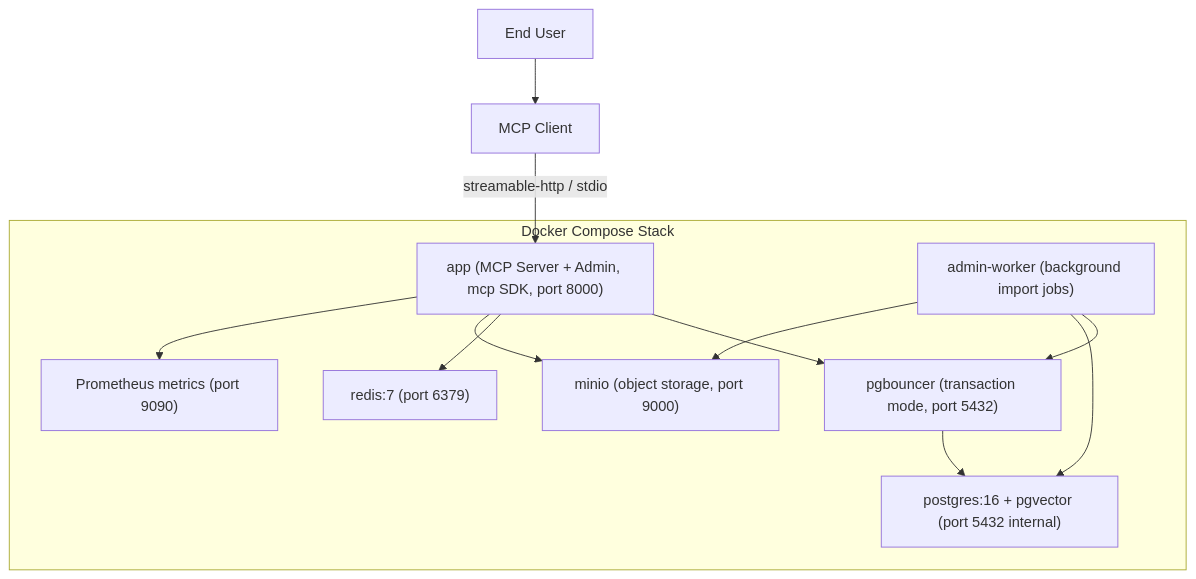
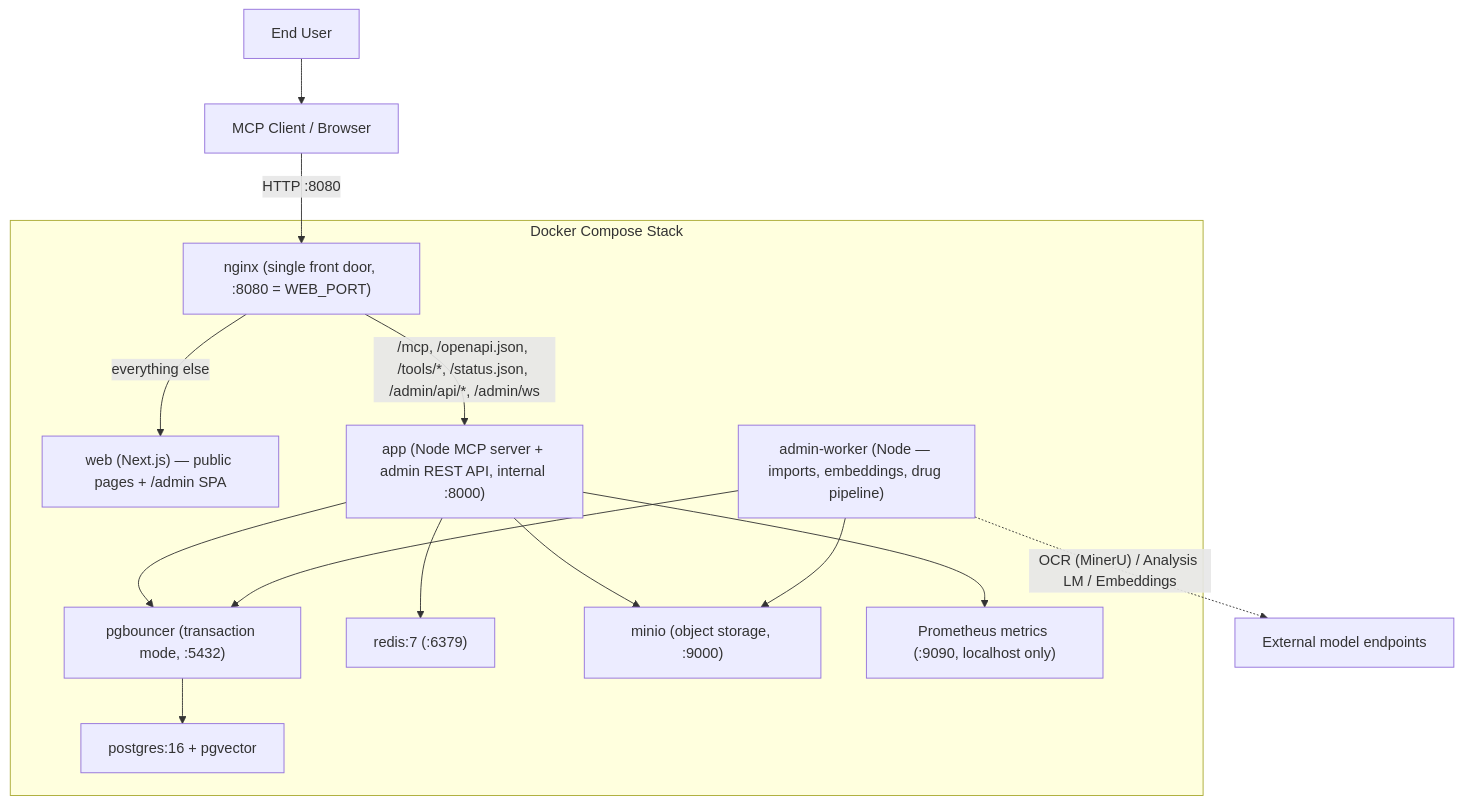
One commit to healthymind-tech/Taiwan-Health-MCP changed the diagram in docs/architecture/deployment.md. Above: the diagram before and after it, drawn with Mermaid. The commit also changed other lines of this file and 42 other files, not shown here.

First line of the commit message:
docs: sync all documentation and the public site with the Node backend

````diff
--- a/docs/architecture/deployment.md
+++ b/docs/architecture/deployment.md
@@ -3,23 +3,27 @@
 ```mermaid
 graph TD
-    User[End User] --> Client[MCP Client]
+    User[End User] --> Client[MCP Client / Browser]
 
     subgraph "Docker Compose Stack"
-        Server["app (MCP Server + Admin, mcp SDK, port 8000)"]
-        Worker["admin-worker (background import jobs)"]
-        PGB["pgbouncer (transaction mode, port 5432)"]
-        PG["postgres:16 + pgvector (port 5432 internal)"]
-        RD["redis:7 (port 6379)"]
-        MN["minio (object storage, port 9000)"]
-        PM["Prometheus metrics (port 9090)"]
+        NGX["nginx (single front door, :8080 = WEB_PORT)"]
+        WEB["web (Next.js) — public pages + /admin SPA"]
+        Server["app (Node MCP server + admin REST API, internal :8000)"]
+        Worker["admin-worker (Node — imports, embeddings, drug pipeline)"]
+        PGB["pgbouncer (transaction mode, :5432)"]
+        PG["postgres:16 + pgvector"]
+        RD["redis:7 (:6379)"]
+        MN["minio (object storage, :9000)"]
+        PM["Prometheus metrics (:9090, localhost only)"]
     end
 
-    Client -- "streamable-http / stdio" --> Server
+    Client -- "HTTP :8080" --> NGX
+    NGX -- "/mcp, /openapi.json, /tools/*, /status.json, /admin/api/*, /admin/ws" --> Server
+    NGX -- "everything else" --> WEB
     Server --> PGB --> PG
     Server --> RD
     Server --> MN
     Server --> PM
     Worker --> PGB
-    Worker --> PG
     Worker --> MN
+    Worker -. "OCR (MinerU) / Analysis LM / Embeddings" .-> Ext[External model endpoints]
 ```
````
